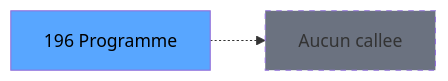
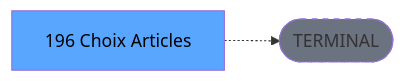
One commit to thonyAGP/lecteur-magic changed the third of 3 diagrams in .openspec/specs/ADH-IDE-196.md. Above: the diagram before and after it, drawn with Mermaid. The commit also changed other lines of this file and 701 other files, not shown here.

````diff
--- a/.openspec/specs/ADH-IDE-196.md
+++ b/.openspec/specs/ADH-IDE-196.md
@@ -140,8 +134,8 @@
 ```mermaid
 graph LR
-    T[196 Programme]
-    NONE[Aucun callee]
-    T -.-> NONE
+    T[196 Choix Articles ]
+    TERM([TERMINAL])
+    T -.-> TERM
+    style TERM fill:#6b7280,stroke-dasharray: 5 5
     style T fill:#58a6ff,color:#000
-    style NONE fill:#6b7280,stroke-dasharray: 5 5
 ```
````
